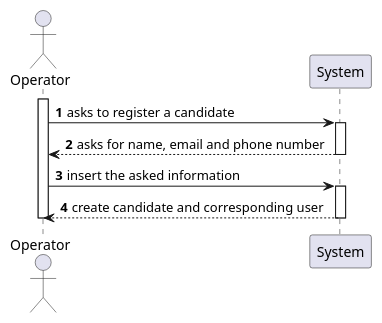
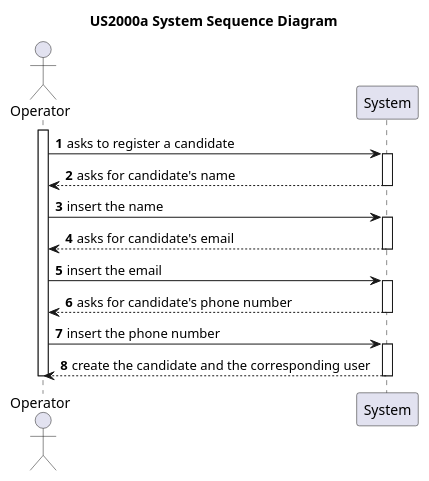
Before and after one commit to rita-barbosa/LAPR4-2324: the diagram in docs/sb_us_2000a/US2000a_SSD/ssd-us-2000a.puml, drawn with PlantUML. The commit also changed 8 other files, not shown here.

```diff
--- a/docs/sb_us_2000a/US2000a_SSD/ssd-us-2000a.puml
+++ b/docs/sb_us_2000a/US2000a_SSD/ssd-us-2000a.puml
@@ -1,21 +1,32 @@
-@startuml US1005_SSD
+@startuml US2000a_SSD
 autonumber
+title US2000a System Sequence Diagram
 
 actor "Operator" as USER
 participant "System" as SYS
 
 activate USER
 
 USER -> SYS : asks to register a candidate
+
 activate SYS
-SYS --> USER : asks for name, email and phone number
+SYS --> USER : asks for candidate's name
 deactivate SYS
+USER -> SYS : insert the name
 
-USER -> SYS : insert the asked information
 activate SYS
-SYS --> USER : create candidate and corresponding user
+SYS --> USER : asks for candidate's email
+deactivate SYS
+USER -> SYS : insert the email
+activate SYS
+
+SYS --> USER : asks for candidate's phone number
+deactivate SYS
+USER -> SYS : insert the phone number
+activate SYS
+SYS --> USER : create the candidate and the corresponding user
 deactivate SYS
 
 deactivate USER
 
 @enduml
```
